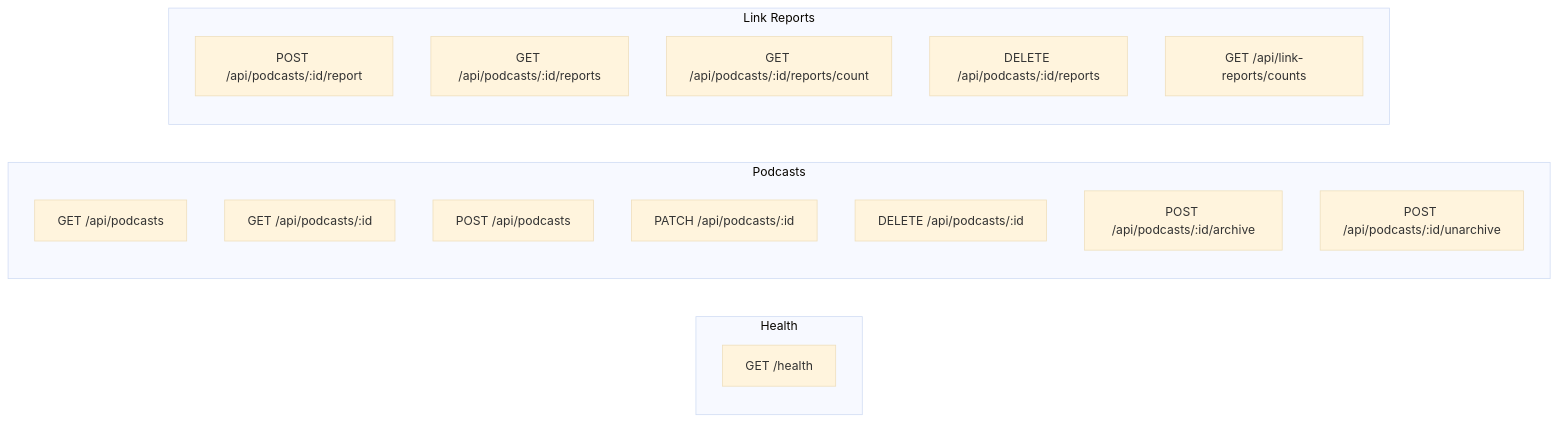
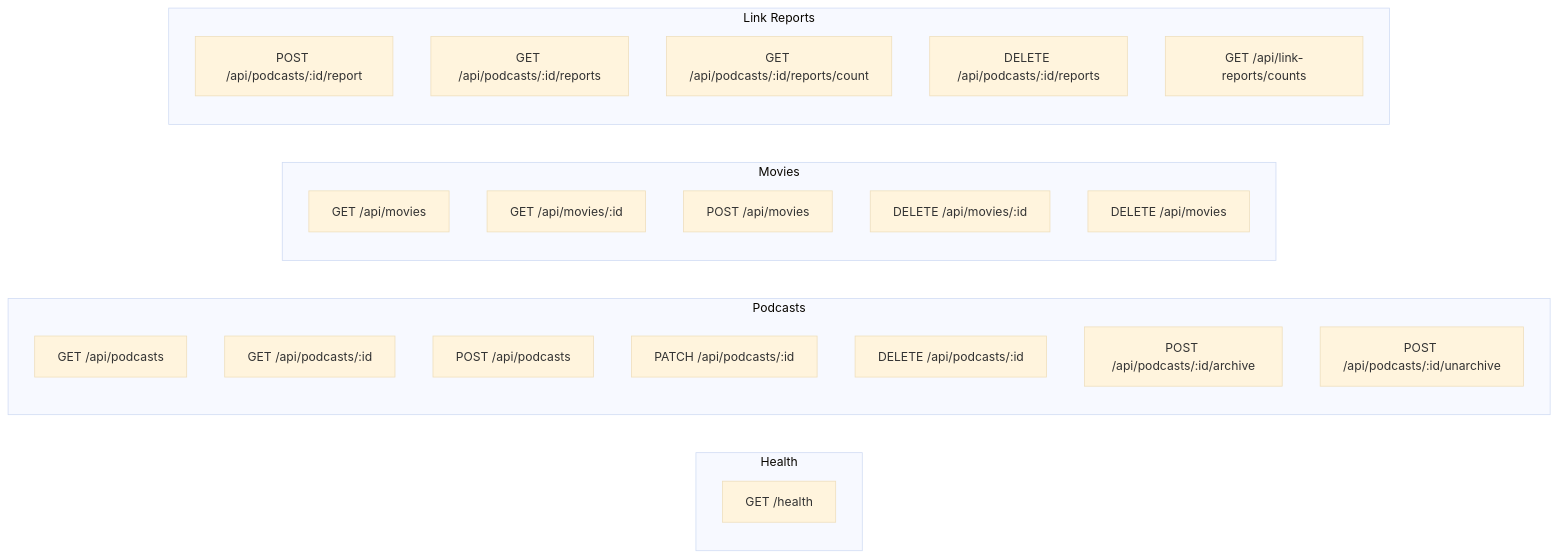
The second of 3 diagrams in README.md (Jaleel-VS/spa-eng-discord-website-backend-rs), drawn with Mermaid (base theme) before and after one commit. The commit also changed other lines of this file, not shown here.

Commit message:
docs: Add movies resource design with schema, endpoints, and migration

````diff
--- a/README.md
+++ b/README.md
@@ -117,24 +134,32 @@
 ```mermaid
 graph LR
     subgraph Health
         H[GET /health]
     end
 
     subgraph Podcasts
         LP[GET /api/podcasts]
         GP[GET /api/podcasts/:id]
         CP[POST /api/podcasts]
         UP[PATCH /api/podcasts/:id]
         DP[DELETE /api/podcasts/:id]
         AP[POST /api/podcasts/:id/archive]
         UAP[POST /api/podcasts/:id/unarchive]
     end
 
+    subgraph Movies
+        LM[GET /api/movies]
+        GM[GET /api/movies/:id]
+        CM[POST /api/movies]
+        DM[DELETE /api/movies/:id]
+        DBM[DELETE /api/movies]
+    end
+
     subgraph Link Reports
         RP[POST /api/podcasts/:id/report]
         LR[GET /api/podcasts/:id/reports]
         CR[GET /api/podcasts/:id/reports/count]
         DR[DELETE /api/podcasts/:id/reports]
         AC[GET /api/link-reports/counts]
     end
 ```
````
